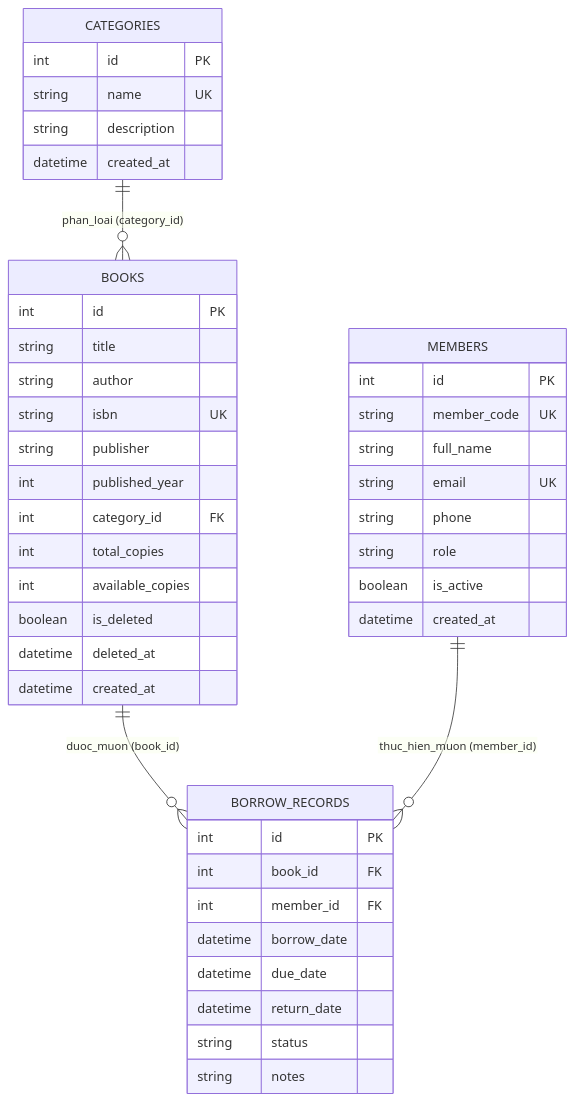
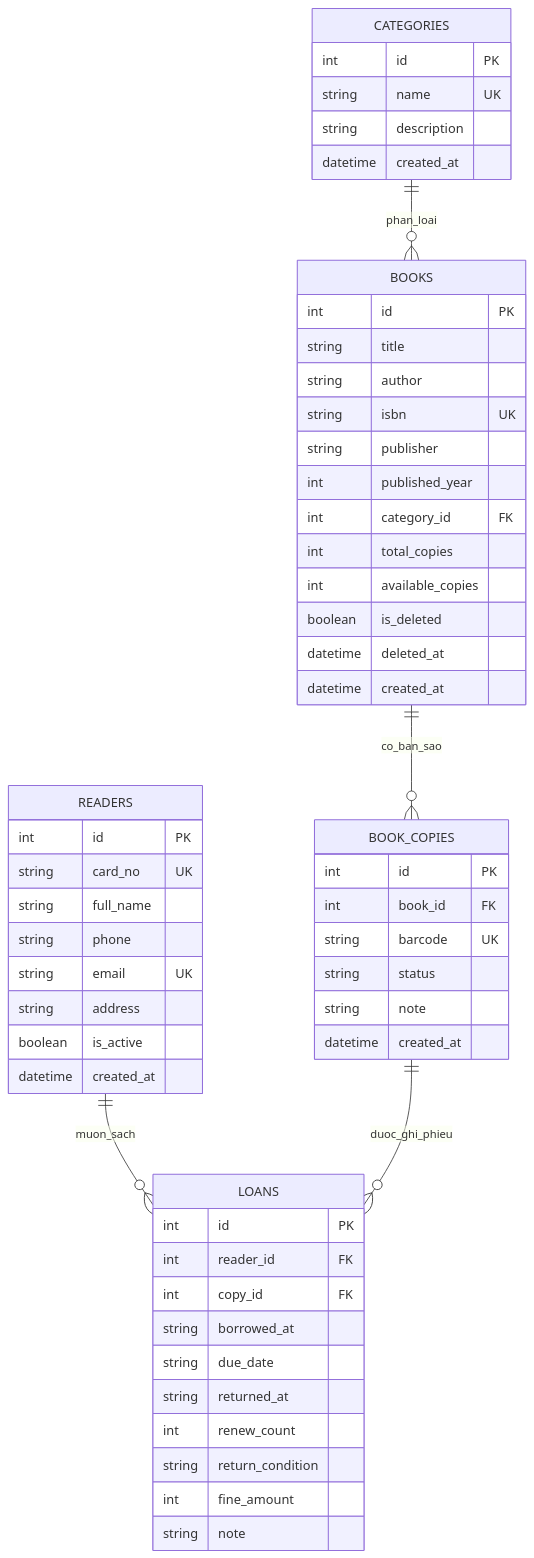
One commit to anh-pc/AIquanlythuvien changed the fifth of 6 diagrams in BaoCao_Lab.md. Above: the diagram before and after it, drawn with Mermaid. The commit also changed other lines of this file and 3 other files, not shown here.

````diff
--- a/BaoCao_Lab.md
+++ b/BaoCao_Lab.md
@@ -92,50 +149,62 @@
 ```mermaid
 erDiagram
-    CATEGORIES ||--o{ BOOKS : "phan_loai (category_id)"
-    BOOKS ||--o{ BORROW_RECORDS : "duoc_muon (book_id)"
-    MEMBERS ||--o{ BORROW_RECORDS : "thuc_hien_muon (member_id)"
+    CATEGORIES ||--o{ BOOKS : "phan_loai"
+    BOOKS ||--o{ BOOK_COPIES : "co_ban_sao"
+    READERS ||--o{ LOANS : "muon_sach"
+    BOOK_COPIES ||--o{ LOANS : "duoc_ghi_phieu"
 
     CATEGORIES {
         int id PK
         string name UK
         string description
         datetime created_at
     }
 
     BOOKS {
         int id PK
         string title
         string author
         string isbn UK
         string publisher
         int published_year
         int category_id FK
         int total_copies
         int available_copies
         boolean is_deleted
         datetime deleted_at
         datetime created_at
     }
 
-    MEMBERS {
+    BOOK_COPIES {
         int id PK
-        string member_code UK
+        int book_id FK
+        string barcode UK
+        string status
+        string note
+        datetime created_at
+    }
+
+    READERS {
+        int id PK
+        string card_no UK
         string full_name
+        string phone
         string email UK
-        string phone
-        string role
+        string address
         boolean is_active
         datetime created_at
     }
 
-    BORROW_RECORDS {
+    LOANS {
         int id PK
-        int book_id FK
-        int member_id FK
-        datetime borrow_date
-        datetime due_date
-        datetime return_date
-        string status
-        string notes
+        int reader_id FK
+        int copy_id FK
+        string borrowed_at
+        string due_date
+        string returned_at
+        int renew_count
+        string return_condition
+        int fine_amount
+        string note
     }
 ```
````
